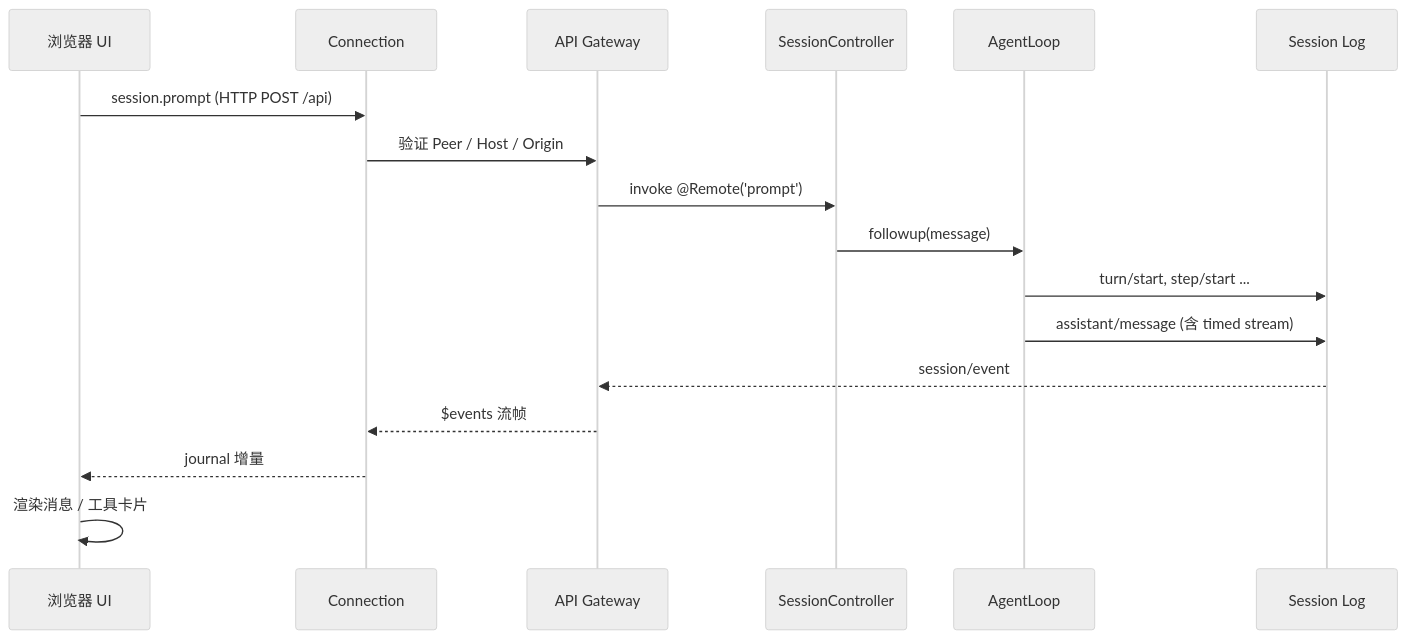
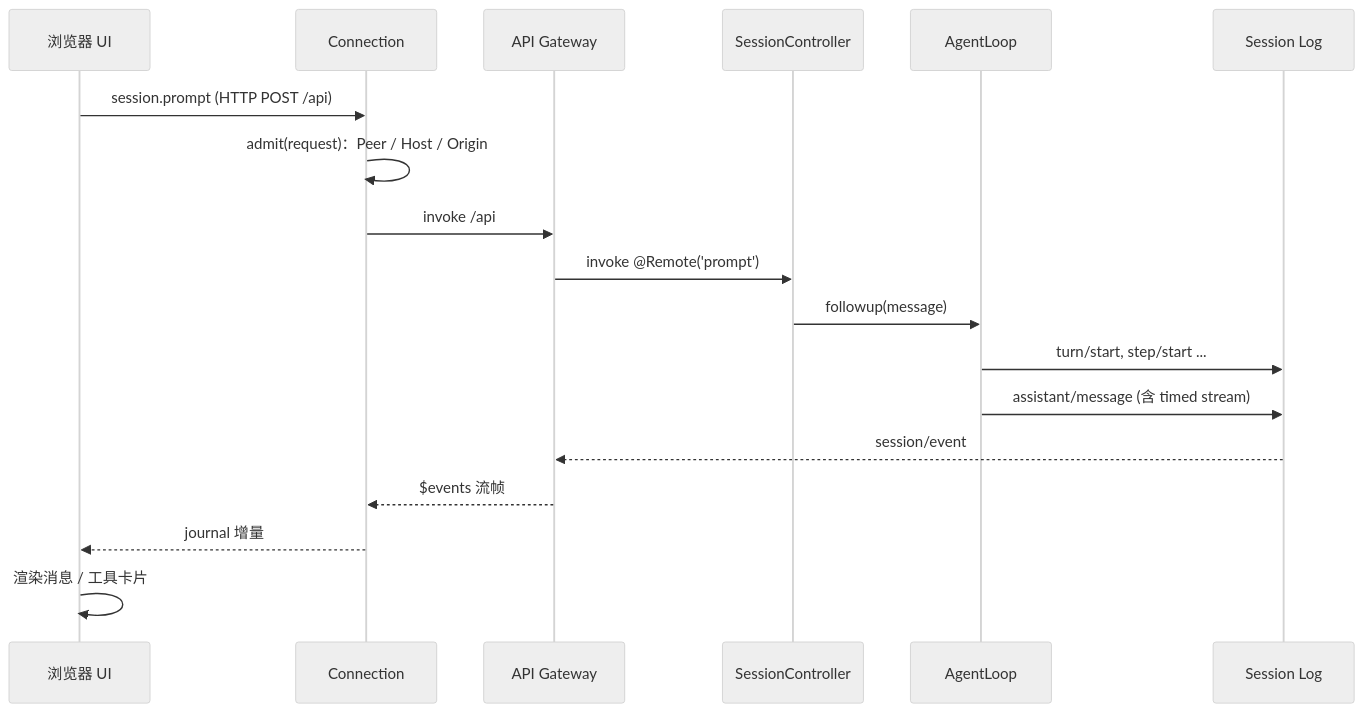
One commit to SparksDing/SparksDing.github.io changed the diagram in src/deepseek-harness/07-sdk-web.md. Above: the diagram before and after it, drawn with Mermaid (neutral theme).

Commit message:
docs(dsh): clarify web request admission in sequence diagram

````diff
--- a/src/deepseek-harness/07-sdk-web.md
+++ b/src/deepseek-harness/07-sdk-web.md
@@ -124,19 +124,20 @@
 ```mermaid
 sequenceDiagram
   participant UI as 浏览器 UI
   participant Conn as Connection
   participant GW as API Gateway
   participant SC as SessionController
   participant Agent as AgentLoop
   participant Log as Session Log
   UI->>Conn: session.prompt (HTTP POST /api)
-  Conn->>GW: 验证 Peer / Host / Origin
+  Conn->>Conn: admit(request)：Peer / Host / Origin
+  Conn->>GW: invoke /api
   GW->>SC: invoke @Remote('prompt')
   SC->>Agent: followup(message)
   Agent->>Log: turn/start, step/start ...
   Agent->>Log: assistant/message (含 timed stream)
   Log-->>GW: session/event
   GW-->>Conn: $events 流帧
   Conn-->>UI: journal 增量
   UI->>UI: 渲染消息 / 工具卡片
 ```
````
